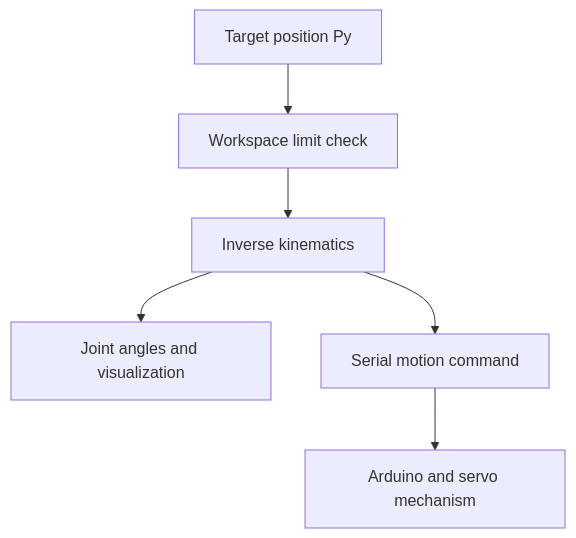
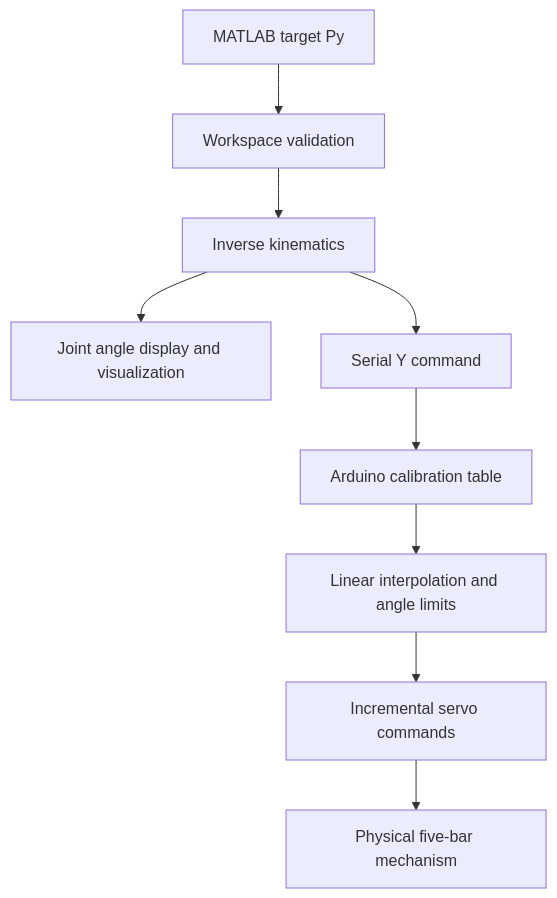
One commit to azatorl/Five-Bar-Parallel-Robot- changed the diagram in README.md. Above: the diagram before and after it, drawn with Mermaid. The commit also changed other lines of this file, not shown here.

Commit message:
Document five-bar prototype and calibrated Arduino control

````diff
--- a/README.md
+++ b/README.md
@@ -11,8 +21,11 @@
 ```mermaid
 flowchart TD
-    A[Target position Py] --> B[Workspace limit check]
+    A[MATLAB target Py] --> B[Workspace validation]
     B --> C[Inverse kinematics]
-    C --> D[Joint angles and visualization]
-    C --> E[Serial motion command]
-    E --> F[Arduino and servo mechanism]
+    C --> D[Joint angle display and visualization]
+    C --> E[Serial Y command]
+    E --> F[Arduino calibration table]
+    F --> G[Linear interpolation and angle limits]
+    G --> H[Incremental servo commands]
+    H --> I[Physical five-bar mechanism]
 ```
````
